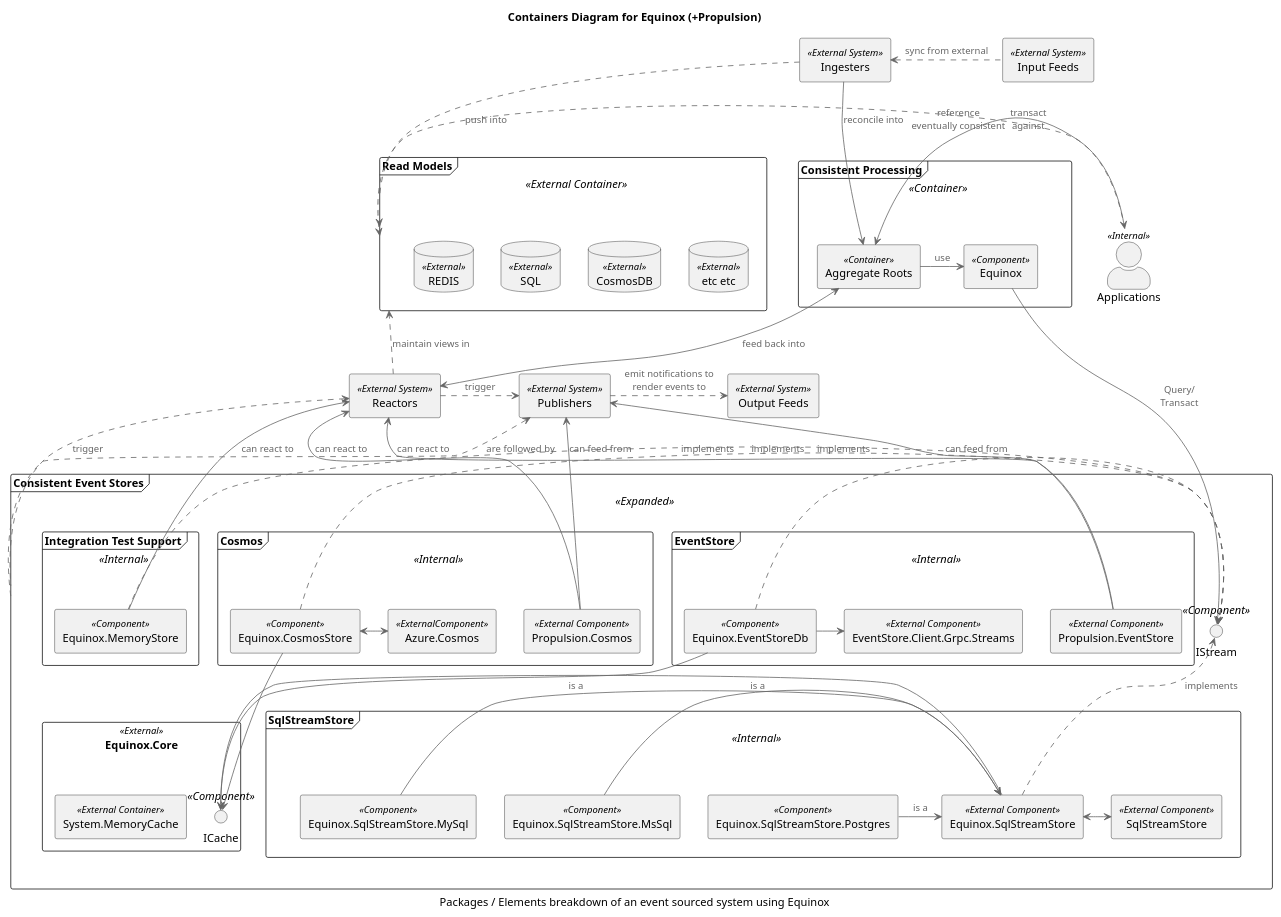
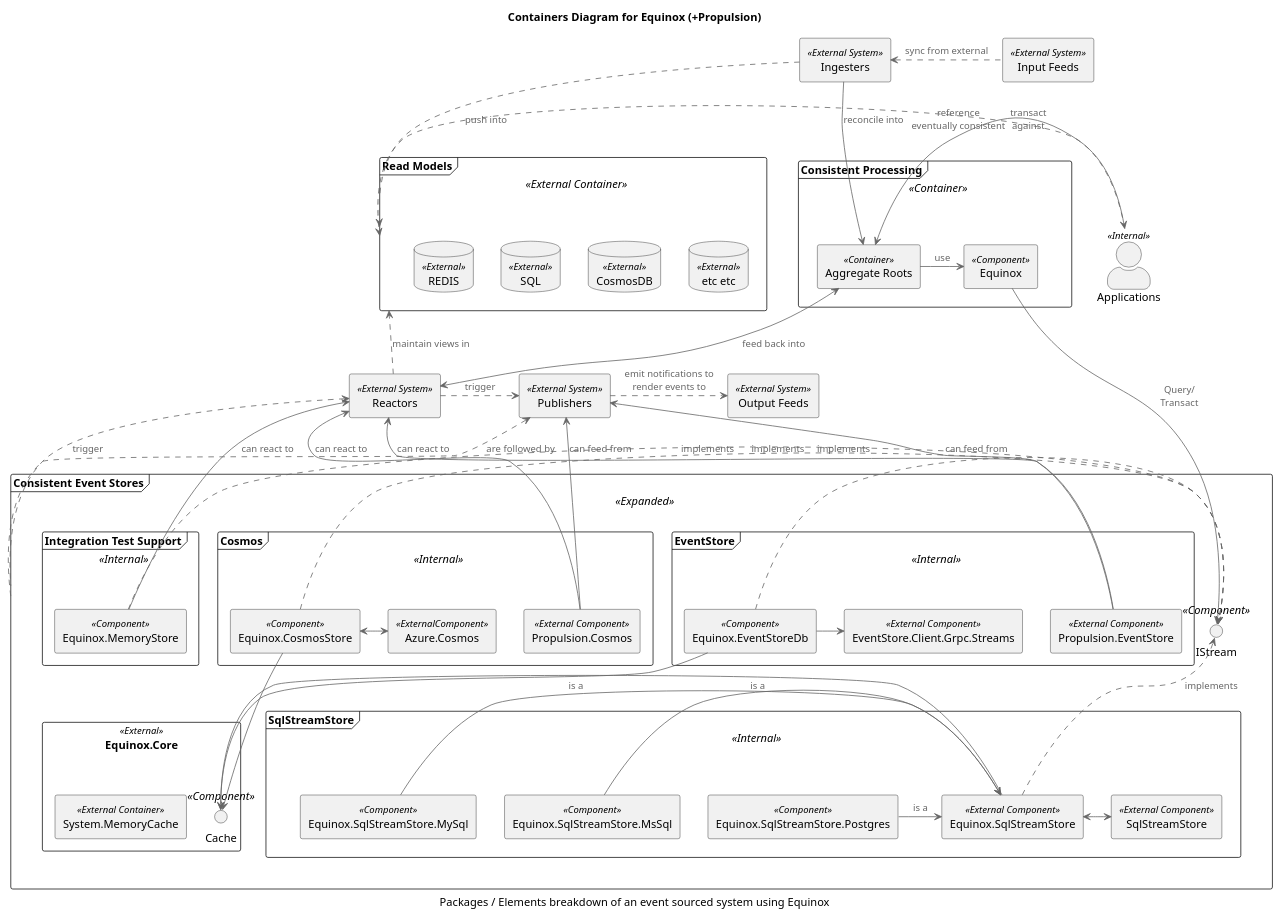
The diagram in diagrams/container.puml (jet/equinox), drawn with PlantUML before and after one commit. The commit also changed 15 other files, not shown here.

```diff
--- a/diagrams/container.puml
+++ b/diagrams/container.puml
@@ -1,104 +1,104 @@
 @startuml
 !includeurl https://raw.githubusercontent.com/skleanthous/C4-PlantumlSkin/master/build/output/c4.puml
 
 title Containers Diagram for Equinox (+Propulsion)
 caption Packages / Elements breakdown of an event sourced system using Equinox
 
 rectangle "Ingesters" as ingesters <<External System>>
 rectangle "Input Feeds" as inputs <<External System>>
 actor "Applications" as apps <<Internal>>
 
 together {
     frame "Consistent Processing" <<Container>> as services {
         rectangle "Equinox" <<Component>> as equinox
         rectangle "Aggregate Roots" as aggs <<Container>>
     }
     frame "Read Models" <<External Container>> as caches {
         database "REDIS"    as red <<External>>
         database "SQL"      as sql <<External>>
         database "CosmosDB" as cdb <<External>>
         database "etc etc"  as etc <<External>>
     }
 }
 
 frame "Consistent Event Stores" as stores <<Expanded>> {
     frame "Cosmos" as cosmos <<Internal>> {
         rectangle "Equinox.CosmosStore" <<Component>> as cs
         rectangle "Propulsion.Cosmos" <<External Component>> as cr
         rectangle "Azure.Cosmos" <<ExternalComponent>> as cc
     }
     frame "EventStore" <<Internal>> {
         rectangle "Equinox.EventStoreDb" <<Component>> as es
         rectangle "Propulsion.EventStore" <<External Component>> as er
         rectangle "EventStore.Client.Grpc.Streams" <<External Component>> as esc
     }
     frame "Integration Test Support" <<Internal>> {
         rectangle "Equinox.MemoryStore" <<Component>> as ms
     }
     interface IStream <<Component>>
     rectangle "Equinox.Core" as core <<External>> {
         rectangle "System.MemoryCache" <<External Container>>
-        interface ICache <<Component>>
+        interface Cache <<Component>>
     }
     frame "SqlStreamStore" as ssss <<Internal>> {
         rectangle "Equinox.SqlStreamStore.MsSql" <<Component>> as ssm
         rectangle "Equinox.SqlStreamStore.MySql" <<Component>> as ssy
         rectangle "Equinox.SqlStreamStore.Postgres" <<Component>> as ssp
         rectangle "Equinox.SqlStreamStore" <<External Component>> as sss
         rectangle "SqlStreamStore" <<External Component>>
     }
 }
 
 rectangle "Reactors" as reactors <<External System>>
 rectangle "Publishers" as publishers <<External System>>
 rectangle "Output Feeds" as outputs <<External System>>
 
 apps         .> caches     : reference\neventually consistent
 apps        <-> aggs       : transact\nagainst
 
 aggs         -> equinox    : use
 equinox      -> IStream    : Query/\nTransact
 
 stores     .>   publishers : are followed by
 stores     .U.> reactors   : trigger
 
 ingesters  <.   inputs     : sync from external
 ingesters    -> aggs       : reconcile into
 ingesters    .> caches     : push into
 
 reactors  <-U-> aggs       : feed back into
 reactors     .> caches     : maintain views in
 reactors   <-   ms         : can react to
 reactors   <-   cr         : can react to
 reactors   <-   er         : can react to
 reactors     .> publishers : trigger
 
 publishers   .> outputs    : emit notifications to\nrender events to
 publishers <--  cr         : can feed from
 publishers <--  er         : can feed from
 
 ms           .> IStream    : implements
-es           -> ICache
+es           -> Cache
 es           .> IStream    : implements
 es           -> esc
-cs          --> ICache
+cs          --> Cache
 cs           .> IStream    : implements
 cs          <-> cc
-sss          -> ICache
+sss          -> Cache
 sss          .> IStream    : implements
 
 ssm          -> sss        : is a
 ssy          -> sss        : is a
 ssp          -> sss        : is a
 sss         <-> SqlStreamStore
 
 services   -[hidden]D-> reactors
 ingesters  -[hidden]D-> services
 
 IStream    -[hidden]D-> ssss
 
 red        -[hidden]R-> sql
 sql        -[hidden]R-> cdb
 cdb        -[hidden]R-> etc
 
 @enduml
```
